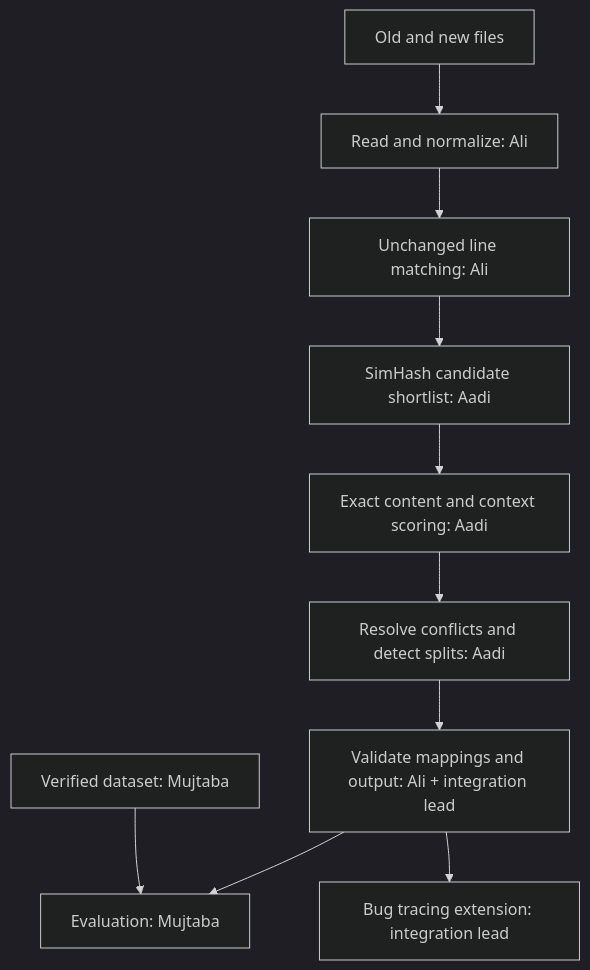
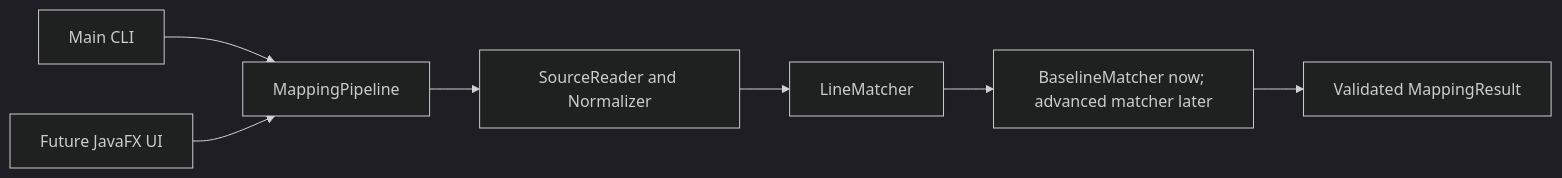
The diagram in docs/ARCHITECTURE.md (aydsman/comp3110-line-tracker), drawn with Mermaid (dark theme) before and after one commit. The commit also changed other lines of this file and 32 other files, not shown here.

Commit message:
Implement Java foundation and Task 1 baseline backend

````diff
--- a/docs/ARCHITECTURE.md
+++ b/docs/ARCHITECTURE.md
@@ -7,12 +7,9 @@
 ```mermaid
-flowchart TD
-    A[Old and new files] --> B[Read and normalize: Ali]
-    B --> C[Unchanged line matching: Ali]
-    C --> D[SimHash candidate shortlist: Aadi]
-    D --> E[Exact content and context scoring: Aadi]
-    E --> F[Resolve conflicts and detect splits: Aadi]
-    F --> G[Validate mappings and output: Ali + integration lead]
-    H[Verified dataset: Mujtaba] --> I[Evaluation: Mujtaba]
-    G --> I
-    G --> J[Bug tracing extension: integration lead]
+flowchart LR
+    CLI[Main CLI] --> P[MappingPipeline]
+    GUI[Future JavaFX UI] --> P
+    P --> R[SourceReader and Normalizer]
+    R --> M[LineMatcher]
+    M --> B[BaselineMatcher now; advanced matcher later]
+    B --> V[Validated MappingResult]
 ```
````
